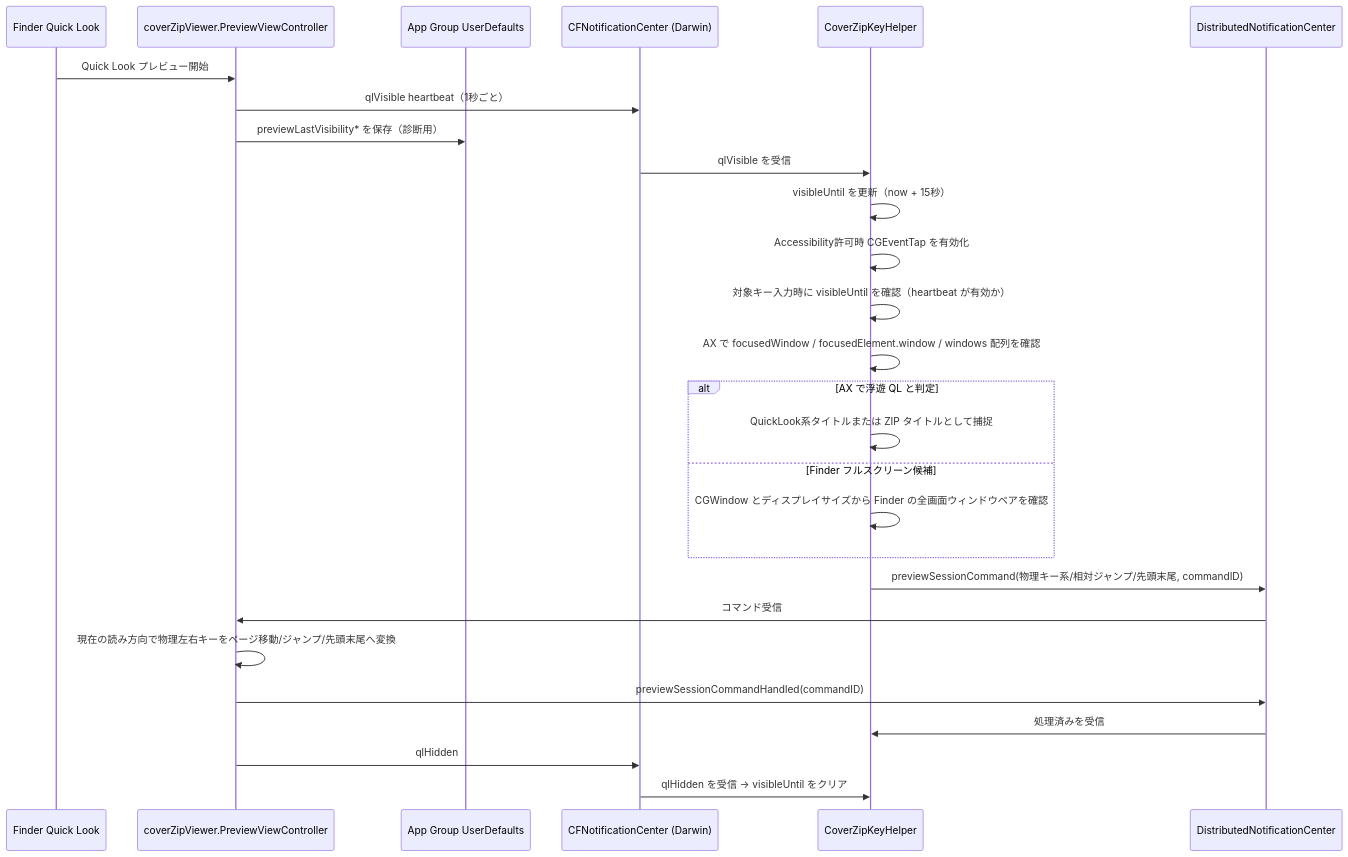
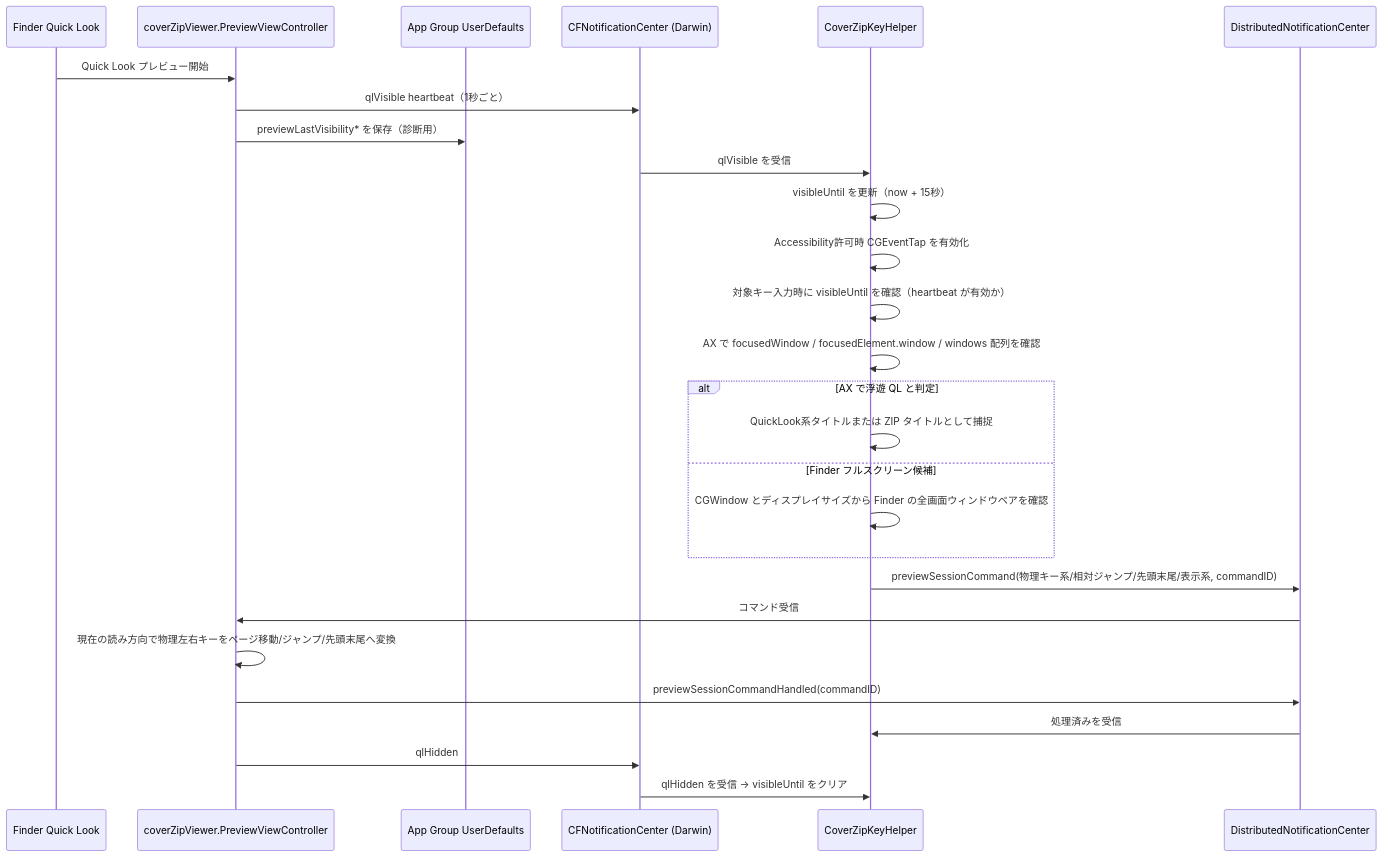
Before and after one commit to Nihondo/CoverZip: the fourth of 6 diagrams in flow.md, drawn with Mermaid. The commit also changed other lines of this file and 8 other files, not shown here.

````diff
--- a/flow.md
+++ b/flow.md
@@ -116,30 +116,30 @@
 ```mermaid
 sequenceDiagram
     participant Finder as Finder Quick Look
     participant Preview as coverZipViewer.PreviewViewController
     participant Defaults as App Group UserDefaults
     participant Darwin as CFNotificationCenter (Darwin)
     participant Key as CoverZipKeyHelper
     participant DNC as DistributedNotificationCenter
 
     Finder->>Preview: Quick Look プレビュー開始
     Preview->>Darwin: qlVisible heartbeat（1秒ごと）
     Preview->>Defaults: previewLastVisibility* を保存（診断用）
     Darwin->>Key: qlVisible を受信
     Key->>Key: visibleUntil を更新（now + 15秒）
     Key->>Key: Accessibility許可時 CGEventTap を有効化
     Key->>Key: 対象キー入力時に visibleUntil を確認（heartbeat が有効か）
     Key->>Key: AX で focusedWindow / focusedElement.window / windows 配列を確認
     alt AX で浮遊 QL と判定
         Key->>Key: QuickLook系タイトルまたは ZIP タイトルとして捕捉
     else Finder フルスクリーン候補
         Key->>Key: CGWindow とディスプレイサイズから Finder の全画面ウィンドウペアを確認
     end
-    Key->>DNC: previewSessionCommand(物理キー系/相対ジャンプ/先頭末尾, commandID)
+    Key->>DNC: previewSessionCommand(物理キー系/相対ジャンプ/先頭末尾/表示系, commandID)
     DNC->>Preview: コマンド受信
     Preview->>Preview: 現在の読み方向で物理左右キーをページ移動/ジャンプ/先頭末尾へ変換
     Preview->>DNC: previewSessionCommandHandled(commandID)
     DNC->>Key: 処理済みを受信
     Preview->>Darwin: qlHidden
     Darwin->>Key: qlHidden を受信 → visibleUntil をクリア
 ```
````
